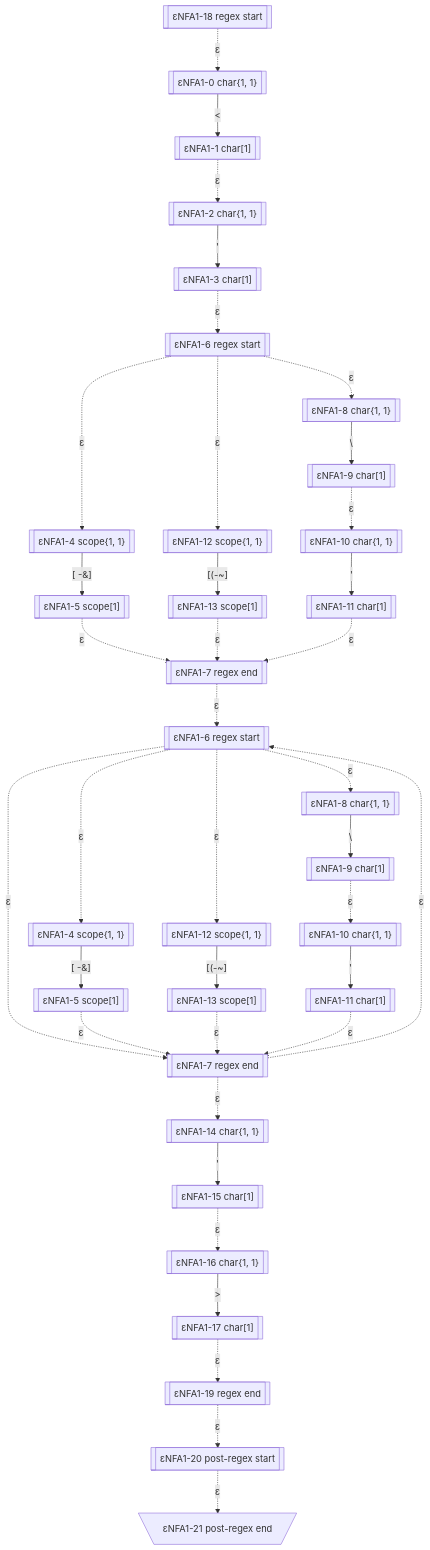
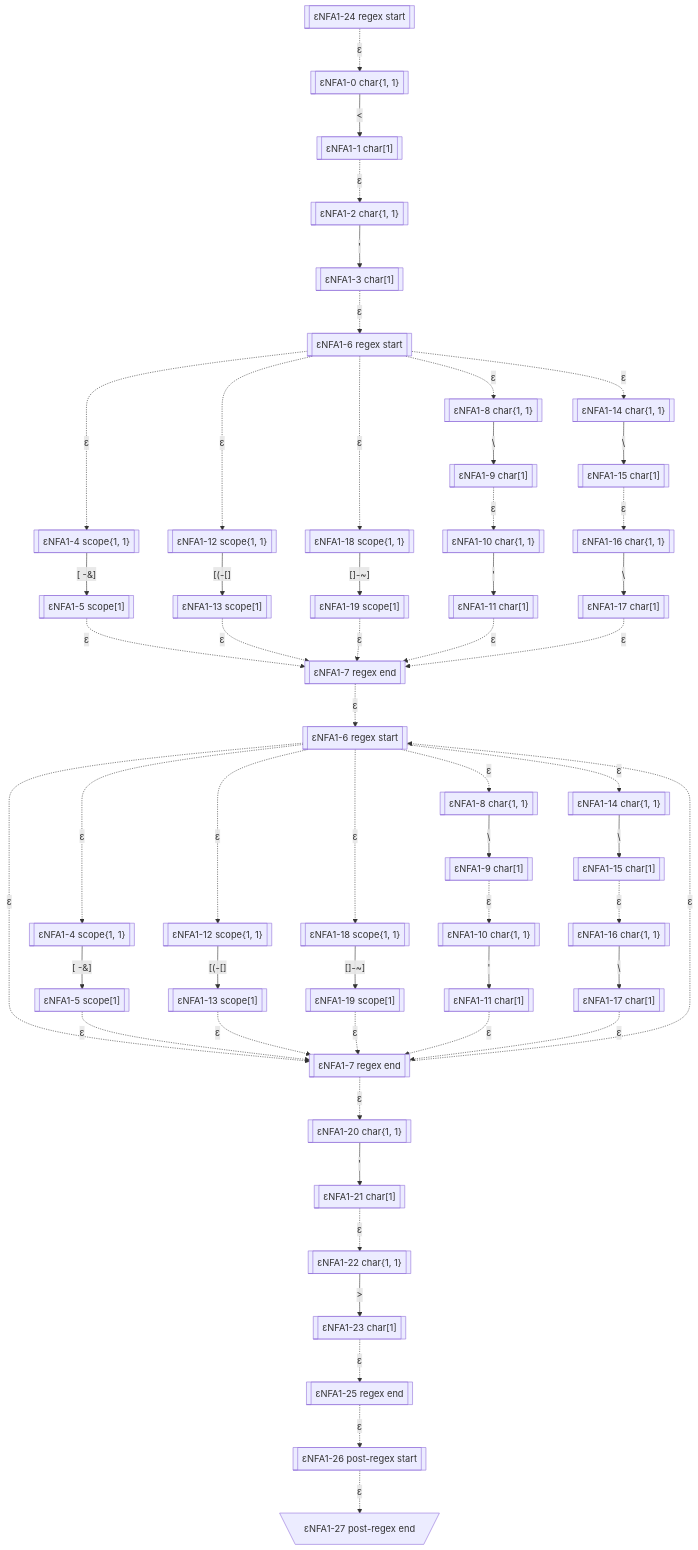
One commit to bitzhuwei/GrammarMentor changed the first of 7 diagrams in Practices/Practice.GeneratedXxxFormat.Test/GeneratedPattern/doc/T.@refVt.gen.md. Above: the diagram before and after it, drawn with Mermaid. The commit also changed other lines of this file and 3868 other files, not shown here.

````diff
--- a/Practices/Practice.GeneratedXxxFormat.Test/GeneratedPattern/doc/T.@refVt.gen.md
+++ b/Practices/Practice.GeneratedXxxFormat.Test/GeneratedPattern/doc/T.@refVt.gen.md
@@ -21,73 +21,101 @@
 classDef c1101 stroke:#333,stroke-width:4px,fill:#BB66EE,color:#FF0000;
 classDef c1110 stroke:#333,stroke-width:4px,fill:#BB66EE,stroke-dasharray: 10 10;
 classDef c1111 stroke:#333,stroke-width:4px,fill:#BB66EE,stroke-dasharray: 10 10,color:#FF0000;
-eNFA1_18_26748875[["εNFA1-18 regex start"]]
-eNFA1_0_39413286[["εNFA1-0 char{1, 1}"]]
-eNFA1_1_19175255[["εNFA1-1 char[1]"]]
-eNFA1_2_38359567[["εNFA1-2 char{1, 1}"]]
-eNFA1_3_9691783[["εNFA1-3 char[1]"]]
-eNFA1_6_35199999[["εNFA1-6 regex start"]]
-eNFA1_4_32627698[["εNFA1-4 scope{1, 1}"]]
-eNFA1_8_48364542[["εNFA1-8 char{1, 1}"]]
-eNFA1_12_25213828[["εNFA1-12 scope{1, 1}"]]
-eNFA1_5_60160832[["εNFA1-5 scope[1]"]]
-eNFA1_9_52820380[["εNFA1-9 char[1]"]]
-eNFA1_13_25597861[["εNFA1-13 scope[1]"]]
-eNFA1_7_29054158[["εNFA1-7 regex end"]]
-eNFA1_10_5621378[["εNFA1-10 char{1, 1}"]]
-eNFA1_6_4576580[["εNFA1-6 regex start"]]
-eNFA1_11_62241429[["εNFA1-11 char[1]"]]
-eNFA1_4_35158736[["εNFA1-4 scope{1, 1}"]]
-eNFA1_8_41189228[["εNFA1-8 char{1, 1}"]]
-eNFA1_12_47993168[["εNFA1-12 scope{1, 1}"]]
-eNFA1_7_29285335[["εNFA1-7 regex end"]]
-eNFA1_5_8410236[["εNFA1-5 scope[1]"]]
-eNFA1_9_7971050[["εNFA1-9 char[1]"]]
-eNFA1_13_10140521[["εNFA1-13 scope[1]"]]
-eNFA1_14_8391011[["εNFA1-14 char{1, 1}"]]
-eNFA1_10_39533443[["εNFA1-10 char{1, 1}"]]
-eNFA1_15_48092321[["εNFA1-15 char[1]"]]
-eNFA1_11_10465294[["εNFA1-11 char[1]"]]
-eNFA1_16_30177713[["εNFA1-16 char{1, 1}"]]
-eNFA1_17_28475720[["εNFA1-17 char[1]"]]
-eNFA1_19_54954888[["εNFA1-19 regex end"]]
-eNFA1_20_24831946[["εNFA1-20 post-regex start"]]
-eNFA1_21_22160928[\"εNFA1-21 post-regex end"/]
-eNFA1_18_26748875 -.->|"ε"|eNFA1_0_39413286
-eNFA1_0_39413286 -->|"<"|eNFA1_1_19175255
-eNFA1_1_19175255 -.->|"ε"|eNFA1_2_38359567
-eNFA1_2_38359567 -->|"'"|eNFA1_3_9691783
-eNFA1_3_9691783 -.->|"ε"|eNFA1_6_35199999
-eNFA1_6_35199999 -.->|"ε"|eNFA1_4_32627698
-eNFA1_6_35199999 -.->|"ε"|eNFA1_8_48364542
-eNFA1_6_35199999 -.->|"ε"|eNFA1_12_25213828
-eNFA1_4_32627698 -->|"[#32;-&]"|eNFA1_5_60160832
-eNFA1_8_48364542 -->|"#92;"|eNFA1_9_52820380
-eNFA1_12_25213828 -->|"[(-~]"|eNFA1_13_25597861
-eNFA1_5_60160832 -.->|"ε"|eNFA1_7_29054158
-eNFA1_9_52820380 -.->|"ε"|eNFA1_10_5621378
-eNFA1_13_25597861 -.->|"ε"|eNFA1_7_29054158
-eNFA1_7_29054158 -.->|"ε"|eNFA1_6_4576580
-eNFA1_10_5621378 -->|"'"|eNFA1_11_62241429
-eNFA1_6_4576580 -.->|"ε"|eNFA1_4_35158736
-eNFA1_6_4576580 -.->|"ε"|eNFA1_8_41189228
-eNFA1_6_4576580 -.->|"ε"|eNFA1_12_47993168
-eNFA1_6_4576580 -.->|"ε"|eNFA1_7_29285335
-eNFA1_11_62241429 -.->|"ε"|eNFA1_7_29054158
-eNFA1_4_35158736 -->|"[#32;-&]"|eNFA1_5_8410236
-eNFA1_8_41189228 -->|"#92;"|eNFA1_9_7971050
-eNFA1_12_47993168 -->|"[(-~]"|eNFA1_13_10140521
-eNFA1_7_29285335 -.->|"ε"|eNFA1_6_4576580
-eNFA1_7_29285335 -.->|"ε"|eNFA1_14_8391011
-eNFA1_5_8410236 -.->|"ε"|eNFA1_7_29285335
-eNFA1_9_7971050 -.->|"ε"|eNFA1_10_39533443
-eNFA1_13_10140521 -.->|"ε"|eNFA1_7_29285335
-eNFA1_14_8391011 -->|"'"|eNFA1_15_48092321
-eNFA1_10_39533443 -->|"'"|eNFA1_11_10465294
-eNFA1_15_48092321 -.->|"ε"|eNFA1_16_30177713
-eNFA1_11_10465294 -.->|"ε"|eNFA1_7_29285335
-eNFA1_16_30177713 -->|">"|eNFA1_17_28475720
-eNFA1_17_28475720 -.->|"ε"|eNFA1_19_54954888
-eNFA1_19_54954888 -.->|"ε"|eNFA1_20_24831946
-eNFA1_20_24831946 -.->|"ε"|eNFA1_21_22160928
+eNFA1_24_50053294[["εNFA1-24 regex start"]]
+eNFA1_0_47826462[["εNFA1-0 char{1, 1}"]]
+eNFA1_1_27784979[["εNFA1-1 char[1]"]]
+eNFA1_2_48738220[["εNFA1-2 char{1, 1}"]]
+eNFA1_3_35990804[["εNFA1-3 char[1]"]]
+eNFA1_6_24723024[["εNFA1-6 regex start"]]
+eNFA1_4_56407950[["εNFA1-4 scope{1, 1}"]]
+eNFA1_8_21180630[["εNFA1-8 char{1, 1}"]]
+eNFA1_12_37909503[["εNFA1-12 scope{1, 1}"]]
+eNFA1_14_5641212[["εNFA1-14 char{1, 1}"]]
+eNFA1_18_50770908[["εNFA1-18 scope{1, 1}"]]
+eNFA1_5_35008393[["εNFA1-5 scope[1]"]]
+eNFA1_9_10808059[["εNFA1-9 char[1]"]]
+eNFA1_13_54284994[["εNFA1-13 scope[1]"]]
+eNFA1_15_30163672[["εNFA1-15 char[1]"]]
+eNFA1_19_46640084[["εNFA1-19 scope[1]"]]
+eNFA1_7_18802902[["εNFA1-7 regex end"]]
+eNFA1_10_3037596[["εNFA1-10 char{1, 1}"]]
+eNFA1_16_65447007[["εNFA1-16 char{1, 1}"]]
+eNFA1_6_17107576[["εNFA1-6 regex start"]]
+eNFA1_11_44033946[["εNFA1-11 char[1]"]]
+eNFA1_17_60761195[["εNFA1-17 char[1]"]]
+eNFA1_4_43536440[["εNFA1-4 scope{1, 1}"]]
+eNFA1_8_19750463[["εNFA1-8 char{1, 1}"]]
+eNFA1_12_56283646[["εNFA1-12 scope{1, 1}"]]
+eNFA1_14_36790769[["εNFA1-14 char{1, 1}"]]
+eNFA1_18_62681466[["εNFA1-18 scope{1, 1}"]]
+eNFA1_7_27262282[["εNFA1-7 regex end"]]
+eNFA1_5_27551015[["εNFA1-5 scope[1]"]]
+eNFA1_9_40774967[["εNFA1-9 char[1]"]]
+eNFA1_13_17039762[["εNFA1-13 scope[1]"]]
+eNFA1_15_31430389[["εNFA1-15 char[1]"]]
+eNFA1_19_38043494[["εNFA1-19 scope[1]"]]
+eNFA1_20_3061223[["εNFA1-20 char{1, 1}"]]
+eNFA1_10_28631516[["εNFA1-10 char{1, 1}"]]
+eNFA1_16_37451465[["εNFA1-16 char{1, 1}"]]
+eNFA1_21_13669843[["εNFA1-21 char[1]"]]
+eNFA1_11_17746329[["εNFA1-11 char[1]"]]
+eNFA1_17_25499238[["εNFA1-17 char[1]"]]
+eNFA1_22_55919726[["εNFA1-22 char{1, 1}"]]
+eNFA1_23_30400092[["εNFA1-23 char[1]"]]
+eNFA1_25_5165373[["εNFA1-25 regex end"]]
+eNFA1_26_46488363[["εNFA1-26 post-regex start"]]
+eNFA1_27_15742086[\"εNFA1-27 post-regex end"/]
+eNFA1_24_50053294 -.->|"ε"|eNFA1_0_47826462
+eNFA1_0_47826462 -->|"<"|eNFA1_1_27784979
+eNFA1_1_27784979 -.->|"ε"|eNFA1_2_48738220
+eNFA1_2_48738220 -->|"'"|eNFA1_3_35990804
+eNFA1_3_35990804 -.->|"ε"|eNFA1_6_24723024
+eNFA1_6_24723024 -.->|"ε"|eNFA1_4_56407950
+eNFA1_6_24723024 -.->|"ε"|eNFA1_8_21180630
+eNFA1_6_24723024 -.->|"ε"|eNFA1_12_37909503
+eNFA1_6_24723024 -.->|"ε"|eNFA1_14_5641212
+eNFA1_6_24723024 -.->|"ε"|eNFA1_18_50770908
+eNFA1_4_56407950 -->|"[#32;-&]"|eNFA1_5_35008393
+eNFA1_8_21180630 -->|"#92;"|eNFA1_9_10808059
+eNFA1_12_37909503 -->|"[(-[]"|eNFA1_13_54284994
+eNFA1_14_5641212 -->|"#92;"|eNFA1_15_30163672
+eNFA1_18_50770908 -->|"[]-~]"|eNFA1_19_46640084
+eNFA1_5_35008393 -.->|"ε"|eNFA1_7_18802902
+eNFA1_9_10808059 -.->|"ε"|eNFA1_10_3037596
+eNFA1_13_54284994 -.->|"ε"|eNFA1_7_18802902
+eNFA1_15_30163672 -.->|"ε"|eNFA1_16_65447007
+eNFA1_19_46640084 -.->|"ε"|eNFA1_7_18802902
+eNFA1_7_18802902 -.->|"ε"|eNFA1_6_17107576
+eNFA1_10_3037596 -->|"'"|eNFA1_11_44033946
+eNFA1_16_65447007 -->|"#92;"|eNFA1_17_60761195
+eNFA1_6_17107576 -.->|"ε"|eNFA1_4_43536440
+eNFA1_6_17107576 -.->|"ε"|eNFA1_8_19750463
+eNFA1_6_17107576 -.->|"ε"|eNFA1_12_56283646
+eNFA1_6_17107576 -.->|"ε"|eNFA1_14_36790769
+eNFA1_6_17107576 -.->|"ε"|eNFA1_18_62681466
+eNFA1_6_17107576 -.->|"ε"|eNFA1_7_27262282
+eNFA1_11_44033946 -.->|"ε"|eNFA1_7_18802902
+eNFA1_17_60761195 -.->|"ε"|eNFA1_7_18802902
+eNFA1_4_43536440 -->|"[#32;-&]"|eNFA1_5_27551015
+eNFA1_8_19750463 -->|"#92;"|eNFA1_9_40774967
+eNFA1_12_56283646 -->|"[(-[]"|eNFA1_13_17039762
+eNFA1_14_36790769 -->|"#92;"|eNFA1_15_31430389
+eNFA1_18_62681466 -->|"[]-~]"|eNFA1_19_38043494
+eNFA1_7_27262282 -.->|"ε"|eNFA1_6_17107576
+eNFA1_7_27262282 -.->|"ε"|eNFA1_20_3061223
+eNFA1_5_27551015 -.->|"ε"|eNFA1_7_27262282
+eNFA1_9_40774967 -.->|"ε"|eNFA1_10_28631516
+eNFA1_13_17039762 -.->|"ε"|eNFA1_7_27262282
+eNFA1_15_31430389 -.->|"ε"|eNFA1_16_37451465
+eNFA1_19_38043494 -.->|"ε"|eNFA1_7_27262282
+eNFA1_20_3061223 -->|"'"|eNFA1_21_13669843
+eNFA1_10_28631516 -->|"'"|eNFA1_11_17746329
+eNFA1_16_37451465 -->|"#92;"|eNFA1_17_25499238
+eNFA1_21_13669843 -.->|"ε"|eNFA1_22_55919726
+eNFA1_11_17746329 -.->|"ε"|eNFA1_7_27262282
+eNFA1_17_25499238 -.->|"ε"|eNFA1_7_27262282
+eNFA1_22_55919726 -->|">"|eNFA1_23_30400092
+eNFA1_23_30400092 -.->|"ε"|eNFA1_25_5165373
+eNFA1_25_5165373 -.->|"ε"|eNFA1_26_46488363
+eNFA1_26_46488363 -.->|"ε"|eNFA1_27_15742086
 ```
````
